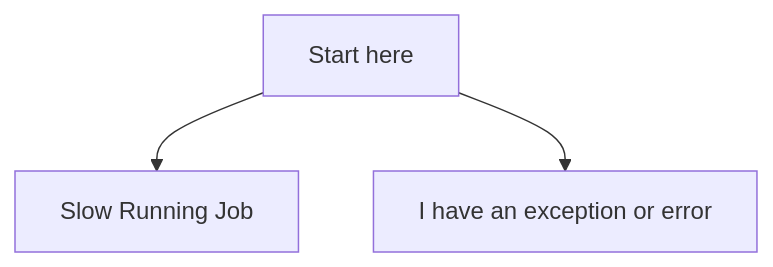
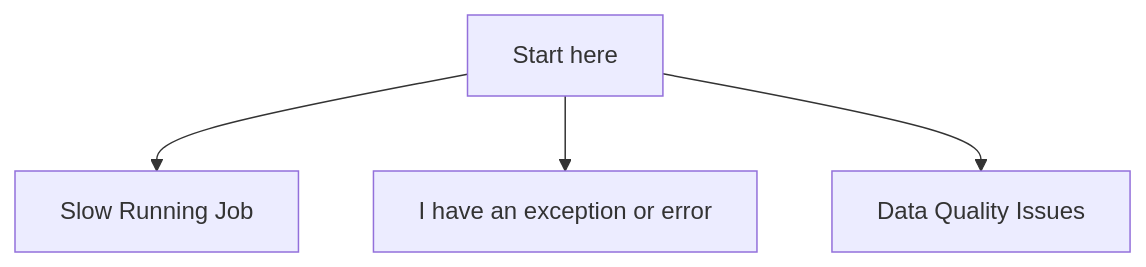
Before and after one commit to holdenk/spark-flowchart: the diagram in docs/flowchart/index.md, drawn with Mermaid. The commit also changed 3 other files, not shown here.

Commit message:
Add flowchart branch for handling unexpected null values

````diff
--- a/docs/flowchart/index.md
+++ b/docs/flowchart/index.md
@@ -3,8 +3,11 @@
 ```mermaid
 graph TD
   A[Start here] --> B[Slow Running Job]
   C[I have an exception or error]
+  D[Data Quality Issues]
   A --> C
+  A --> D
   click B "slow" "Slow"
   click C "error" "Error"
+  click D "dataquality" "Data Quality"
 ```
````
